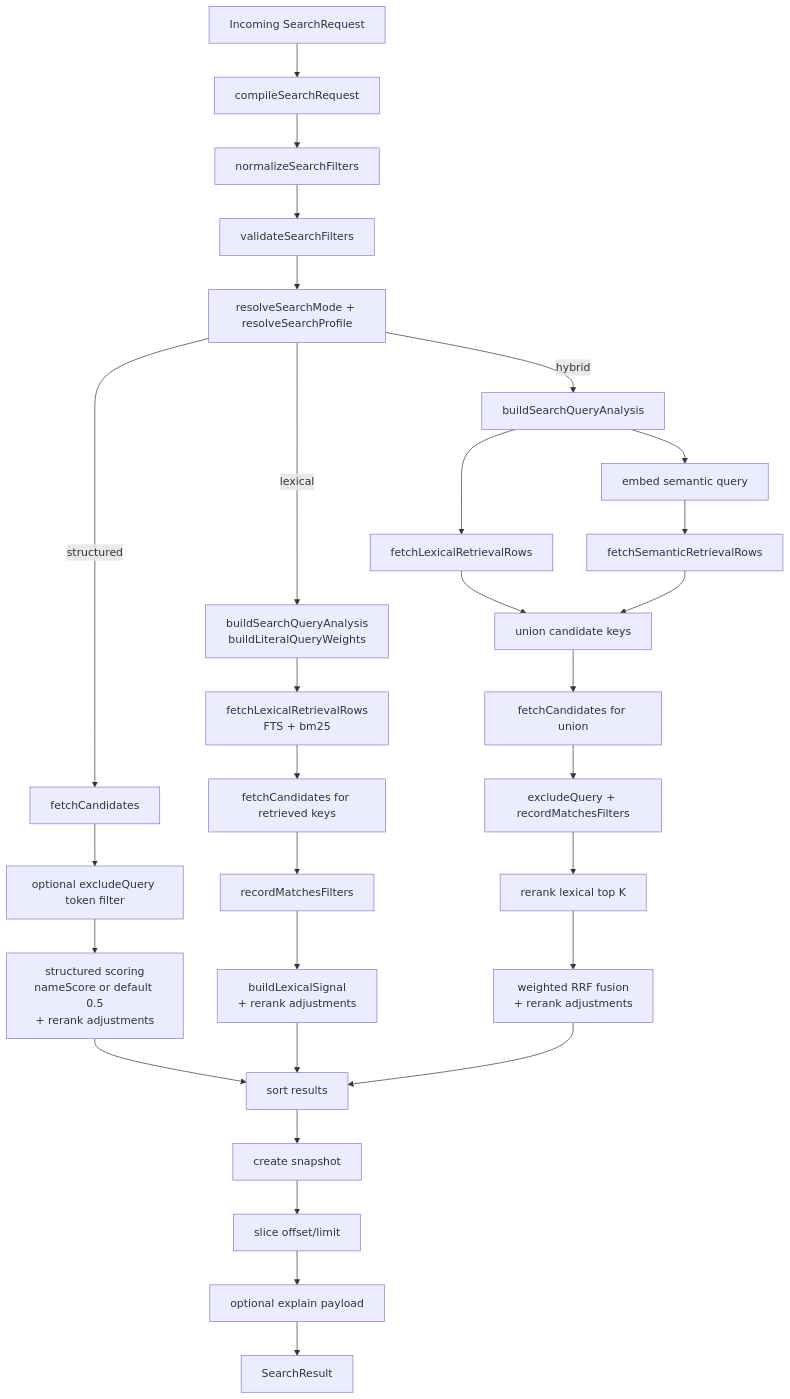
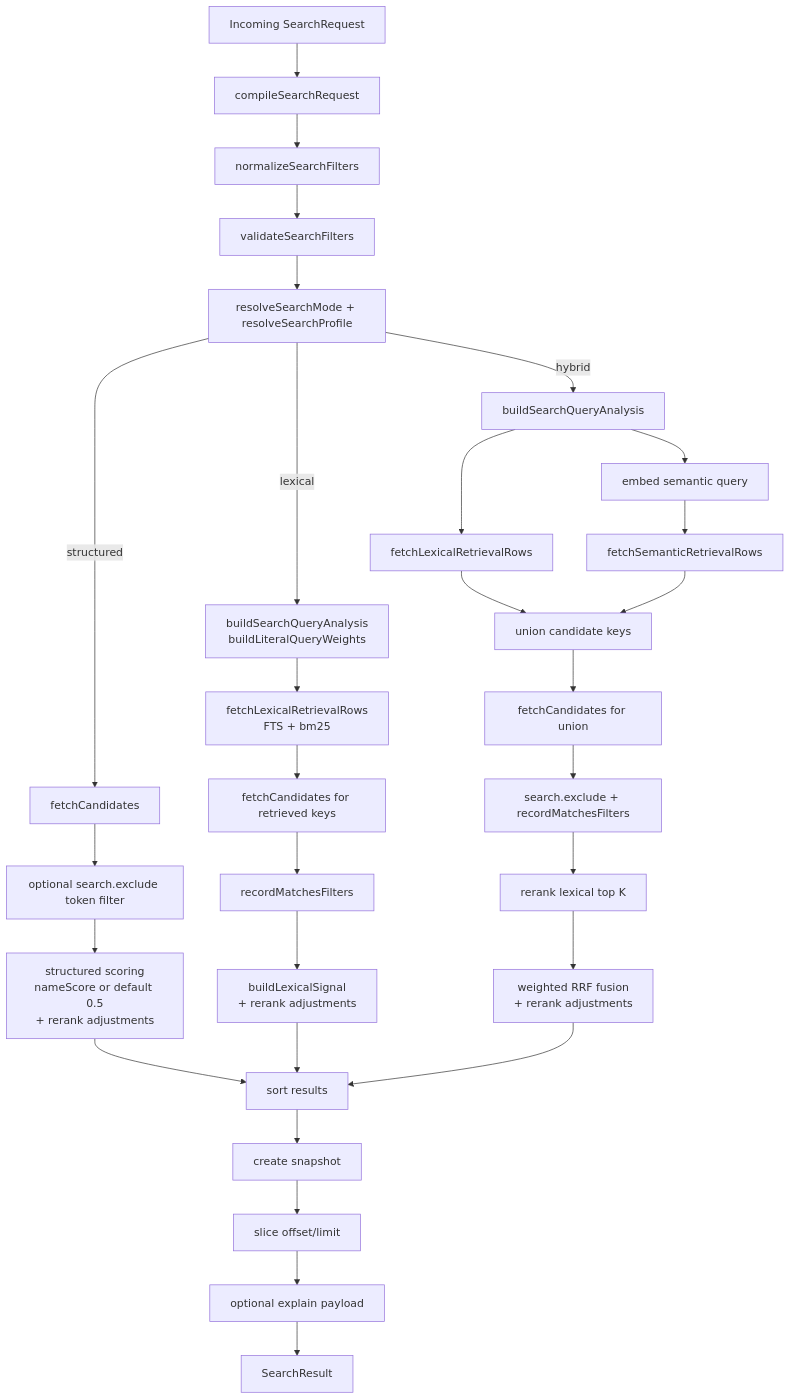
The second of 2 diagrams in docs/architecture/search.md (e-kosten/pf2e-atlas), drawn with Mermaid before and after one commit. The commit also changed other lines of this file and 36 other files, not shown here.

````diff
--- a/docs/architecture/search.md
+++ b/docs/architecture/search.md
@@ -96,36 +96,36 @@
 ```mermaid
 flowchart TD
   A[Incoming SearchRequest] --> B[compileSearchRequest]
   B --> C[normalizeSearchFilters]
   C --> D[validateSearchFilters]
   D --> E[resolveSearchMode + resolveSearchProfile]
 
   E -->|structured| F[fetchCandidates]
-  F --> G[optional excludeQuery token filter]
+  F --> G[optional search.exclude token filter]
   G --> H[structured scoring<br/>nameScore or default 0.5<br/>+ rerank adjustments]
   H --> I[sort results]
 
   E -->|lexical| J[buildSearchQueryAnalysis<br/>buildLiteralQueryWeights]
   J --> K[fetchLexicalRetrievalRows<br/>FTS + bm25]
   K --> L[fetchCandidates for retrieved keys]
   L --> M[recordMatchesFilters]
   M --> N[buildLexicalSignal<br/>+ rerank adjustments]
   N --> I
 
   E -->|hybrid| O[buildSearchQueryAnalysis]
   O --> P[embed semantic query]
   O --> Q[fetchLexicalRetrievalRows]
   P --> R[fetchSemanticRetrievalRows]
   Q --> S[union candidate keys]
   R --> S
   S --> T[fetchCandidates for union]
-  T --> U[excludeQuery + recordMatchesFilters]
+  T --> U[search.exclude + recordMatchesFilters]
   U --> V[rerank lexical top K]
   V --> W[weighted RRF fusion<br/>+ rerank adjustments]
   W --> I
 
   I --> X[create snapshot]
   X --> Y[slice offset/limit]
   Y --> Z[optional explain payload]
   Z --> AA[SearchResult]
 ```
````
